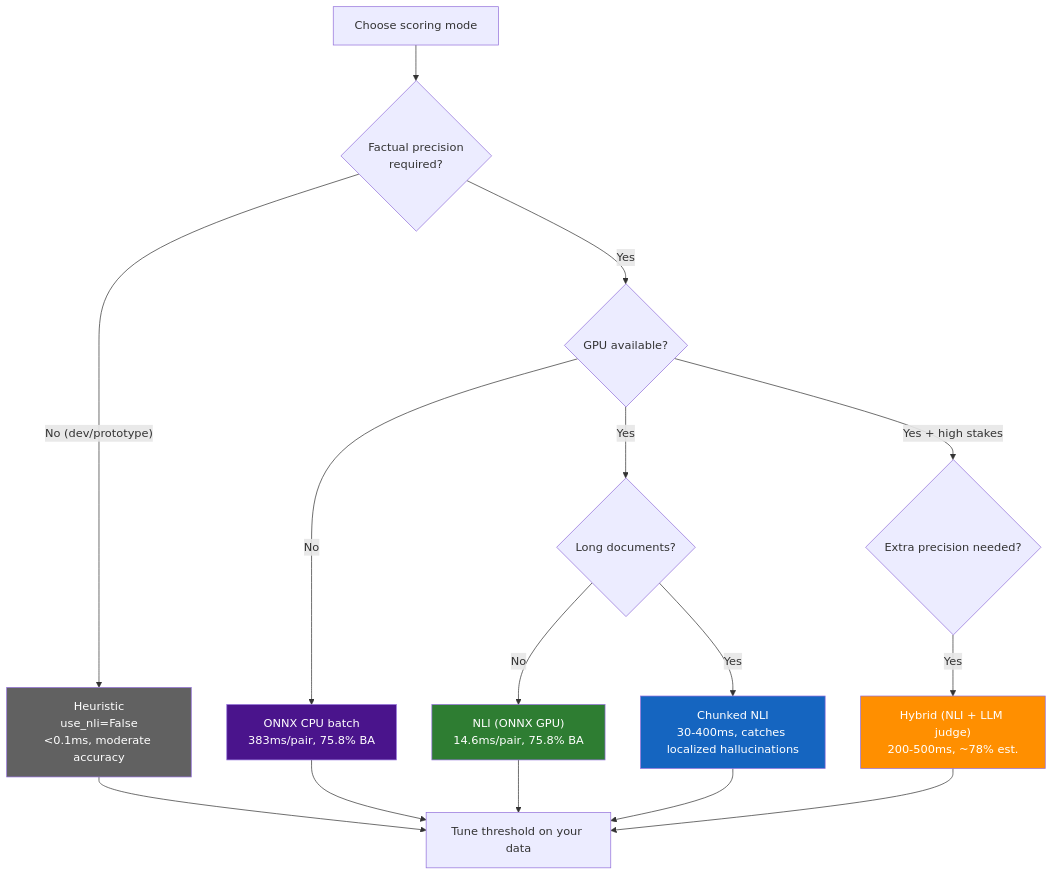
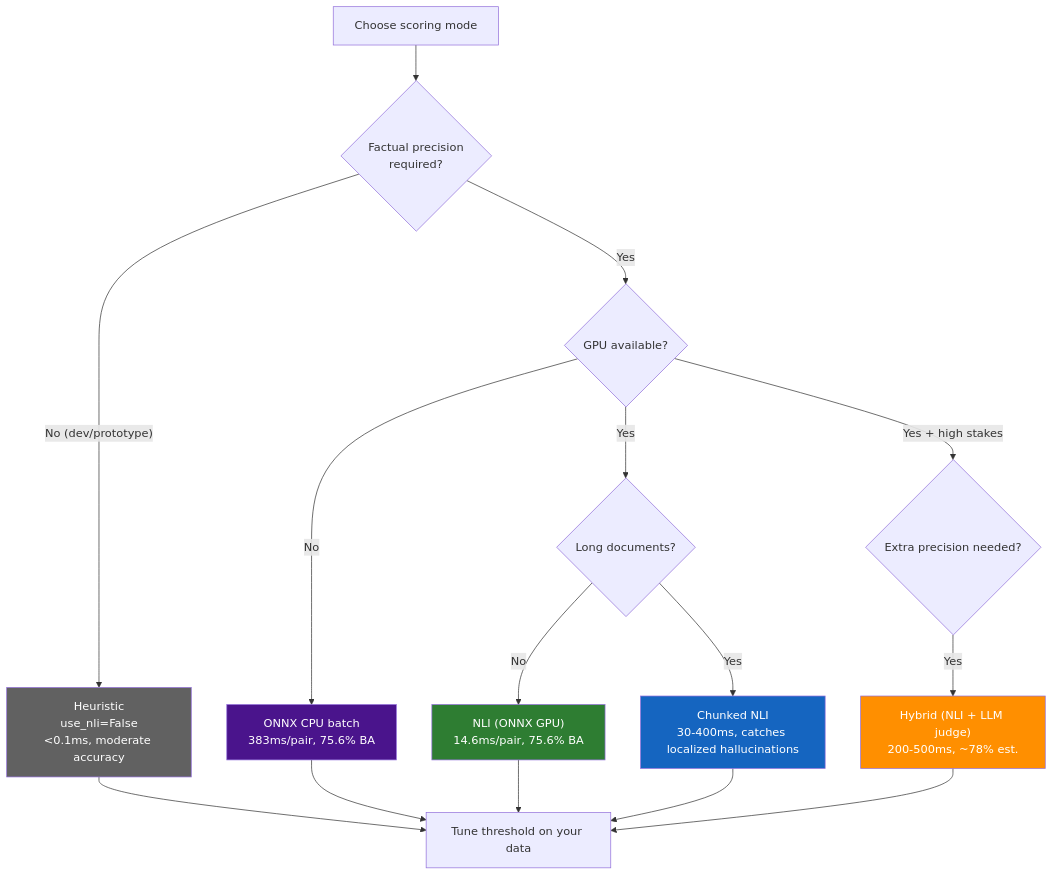
The diagram in docs-site/guide/threshold-tuning.md (anulum/director-ai), drawn with Mermaid before and after one commit. The commit also changed 10 other files, not shown here.

````diff
--- a/docs-site/guide/threshold-tuning.md
+++ b/docs-site/guide/threshold-tuning.md
@@ -5,24 +5,24 @@
 ```mermaid
 flowchart TD
     START["Choose scoring mode"] --> Q1{"Factual precision<br/>required?"}
     Q1 -->|"No (dev/prototype)"| HEUR["Heuristic<br/>use_nli=False<br/><0.1ms, moderate accuracy"]
     Q1 -->|"Yes"| Q2{"GPU available?"}
-    Q2 -->|"No"| CPU["ONNX CPU batch<br/>383ms/pair, 75.8% BA"]
+    Q2 -->|"No"| CPU["ONNX CPU batch<br/>383ms/pair, 75.6% BA"]
     Q2 -->|"Yes"| Q3{"Long documents?"}
-    Q3 -->|"No"| NLI["NLI (ONNX GPU)<br/>14.6ms/pair, 75.8% BA"]
+    Q3 -->|"No"| NLI["NLI (ONNX GPU)<br/>14.6ms/pair, 75.6% BA"]
     Q3 -->|"Yes"| CHUNK["Chunked NLI<br/>30-400ms, catches localized hallucinations"]
     Q2 -->|"Yes + high stakes"| Q4{"Extra precision needed?"}
     Q4 -->|"Yes"| HYBRID["Hybrid (NLI + LLM judge)<br/>200-500ms, ~78% est."]
 
     HEUR --> TUNE["Tune threshold on your data"]
     CPU --> TUNE
     NLI --> TUNE
     CHUNK --> TUNE
     HYBRID --> TUNE
 
     style HEUR fill:#616161,color:#fff
     style NLI fill:#2e7d32,color:#fff
     style CHUNK fill:#1565c0,color:#fff
     style HYBRID fill:#ff8f00,color:#fff
     style CPU fill:#4a148c,color:#fff
 ```
````
